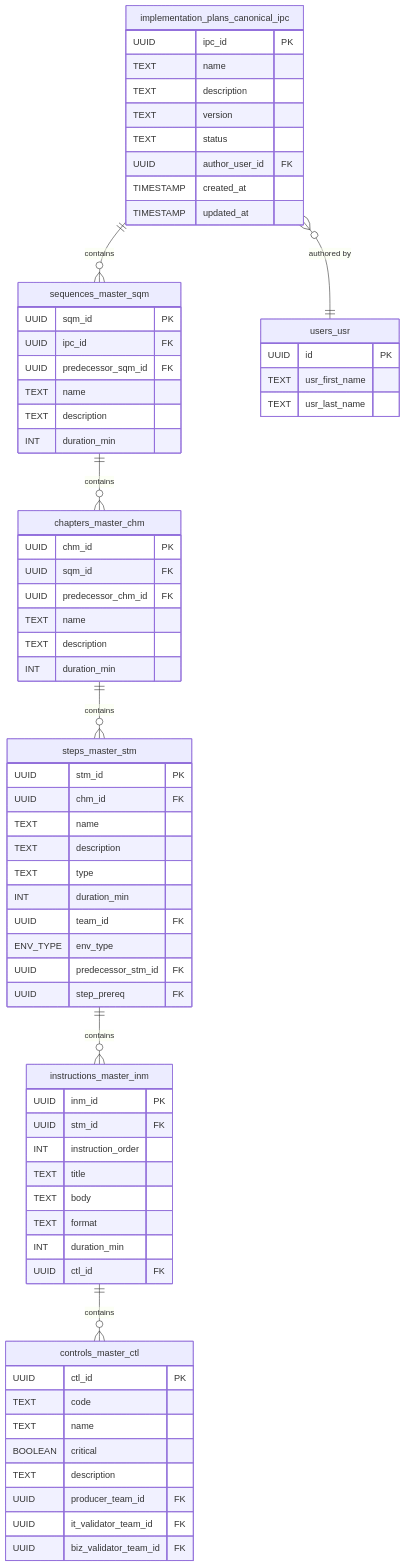
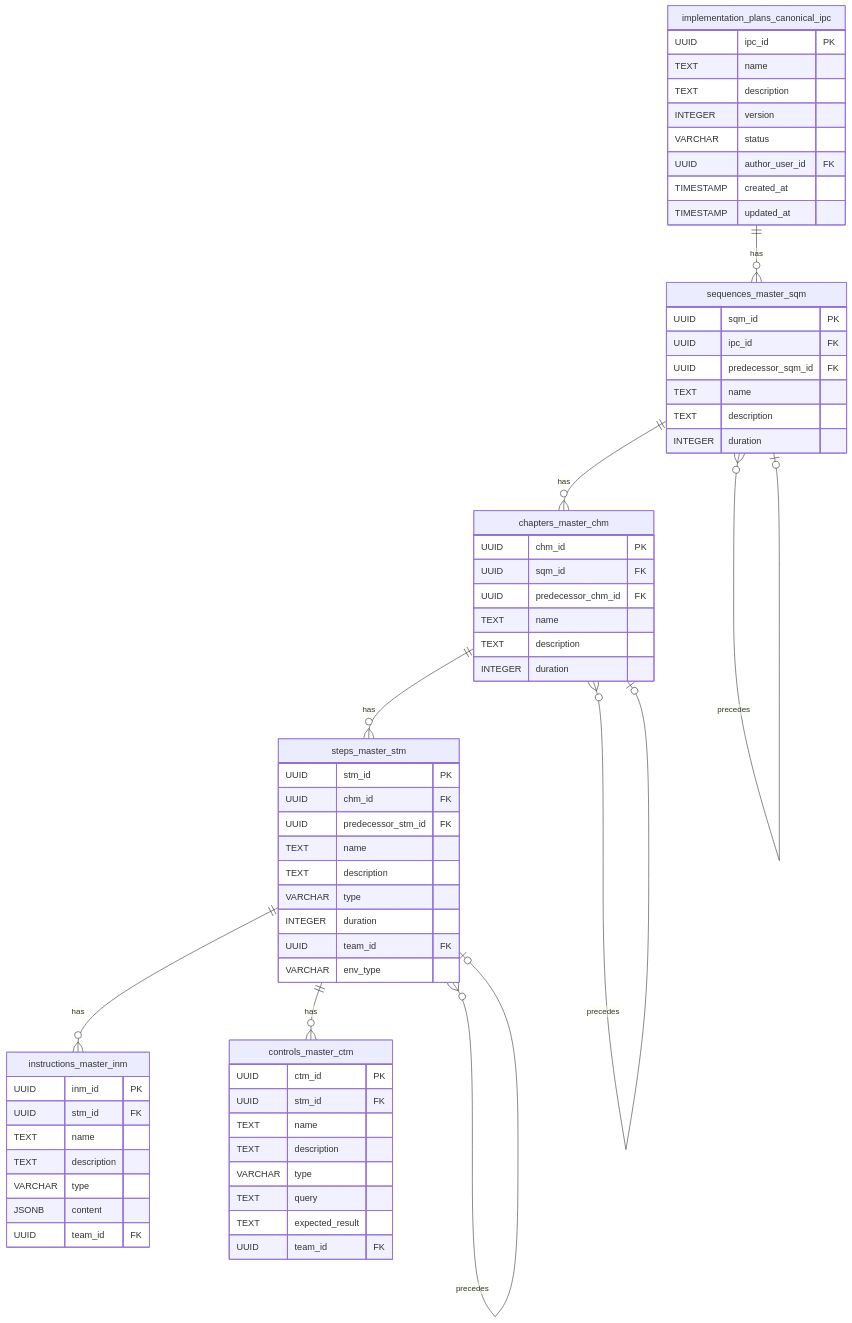
The diagram in Docs/dataModel/README.md (lucaschallamel/UMIG), drawn with Mermaid before and after one commit. The commit also changed other lines of this file and 17 other files, not shown here.

````diff
--- a/Docs/dataModel/README.md
+++ b/Docs/dataModel/README.md
@@ -54,80 +29,73 @@
 ```mermaid
 erDiagram
     implementation_plans_canonical_ipc {
         UUID ipc_id PK
         TEXT name
         TEXT description
-        TEXT version
-        TEXT status
+        INTEGER version
+        VARCHAR status
         UUID author_user_id FK
         TIMESTAMP created_at
         TIMESTAMP updated_at
     }
 
     sequences_master_sqm {
         UUID sqm_id PK
         UUID ipc_id FK
         UUID predecessor_sqm_id FK
         TEXT name
         TEXT description
-        INT duration_min
+        INTEGER duration
     }
 
     chapters_master_chm {
         UUID chm_id PK
         UUID sqm_id FK
         UUID predecessor_chm_id FK
         TEXT name
         TEXT description
-        INT duration_min
+        INTEGER duration
     }
 
     steps_master_stm {
         UUID stm_id PK
         UUID chm_id FK
+        UUID predecessor_stm_id FK
         TEXT name
         TEXT description
-        TEXT type
-        INT duration_min
+        VARCHAR type
+        INTEGER duration
         UUID team_id FK
-        ENV_TYPE env_type
-        UUID predecessor_stm_id FK
-        UUID step_prereq FK
+        VARCHAR env_type
     }
 
     instructions_master_inm {
         UUID inm_id PK
         UUID stm_id FK
-        INT instruction_order
-        TEXT title
-        TEXT body
-        TEXT format
-        INT duration_min
-        UUID ctl_id FK
+        TEXT name
+        TEXT description
+        VARCHAR type
+        JSONB content
+        UUID team_id FK
     }
 
-    controls_master_ctl {
-        UUID ctl_id PK
-        TEXT code
+    controls_master_ctm {
+        UUID ctm_id PK
+        UUID stm_id FK
         TEXT name
-        BOOLEAN critical
         TEXT description
-        UUID producer_team_id FK
-        UUID it_validator_team_id FK
-        UUID biz_validator_team_id FK
+        VARCHAR type
+        TEXT query
+        TEXT expected_result
+        UUID team_id FK
     }
 
-    implementation_plans_canonical_ipc ||--o{ sequences_master_sqm : contains
-    sequences_master_sqm ||--o{ chapters_master_chm : contains
-    chapters_master_chm ||--o{ steps_master_stm : contains
-    steps_master_stm ||--o{ instructions_master_inm : contains
-    instructions_master_inm ||--o{ controls_master_ctl : contains
-
-    users_usr {
-        UUID id PK
-        TEXT usr_first_name
-        TEXT usr_last_name
-    }
-
-    implementation_plans_canonical_ipc }o--|| users_usr : "authored by"
+    implementation_plans_canonical_ipc ||--o{ sequences_master_sqm : "has"
+    sequences_master_sqm ||--o{ chapters_master_chm : "has"
+    chapters_master_chm ||--o{ steps_master_stm : "has"
+    steps_master_stm ||--o{ instructions_master_inm : "has"
+    steps_master_stm ||--o{ controls_master_ctm : "has"
+    sequences_master_sqm }o--o| sequences_master_sqm : "precedes"
+    chapters_master_chm }o--o| chapters_master_chm : "precedes"
+    steps_master_stm }o--o| steps_master_stm : "precedes"
 ```
````
